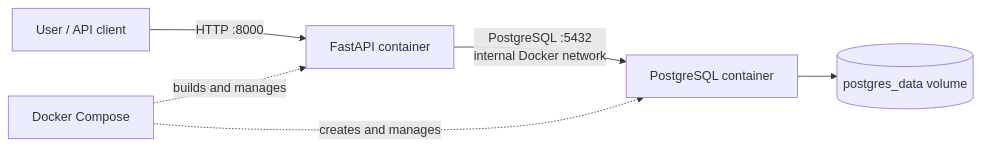
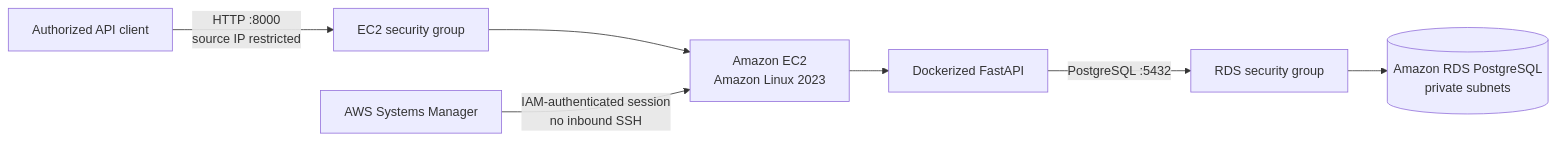
The first of 2 diagrams in README.md (StevenLiu1201/cloudops-status-platform), drawn with Mermaid before and after one commit. The commit also changed other lines of this file and 1 other file, not shown here.

Commit message:
Document manual AWS deployment

````diff
--- a/README.md
+++ b/README.md
@@ -9,8 +11,9 @@
 ```mermaid
 flowchart LR
-    User["User / API client"] -->|"HTTP :8000"| API["FastAPI container"]
-    API -->|"PostgreSQL :5432<br/>internal Docker network"| DB["PostgreSQL container"]
-    DB --> Volume[("postgres_data volume")]
-    Compose["Docker Compose"] -.->|"builds and manages"| API
-    Compose -.->|"creates and manages"| DB
+    User["Authorized API client"] -->|"HTTP :8000<br/>source IP restricted"| EC2SG["EC2 security group"]
+    EC2SG --> EC2["Amazon EC2<br/>Amazon Linux 2023"]
+    EC2 --> API["Dockerized FastAPI"]
+    API -->|"PostgreSQL :5432"| RDSSG["RDS security group"]
+    RDSSG --> RDS[("Amazon RDS PostgreSQL<br/>private subnets")]
+    SSM["AWS Systems Manager"] -->|"IAM-authenticated session<br/>no inbound SSH"| EC2
 ```
````
